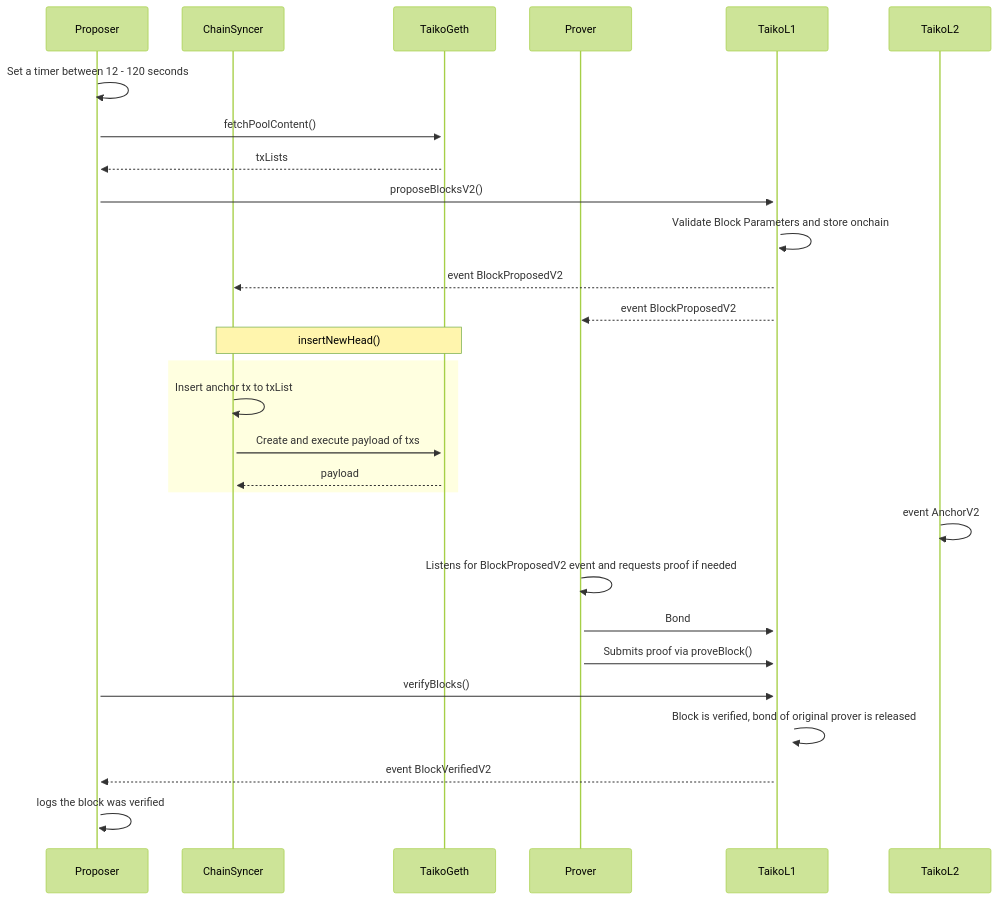
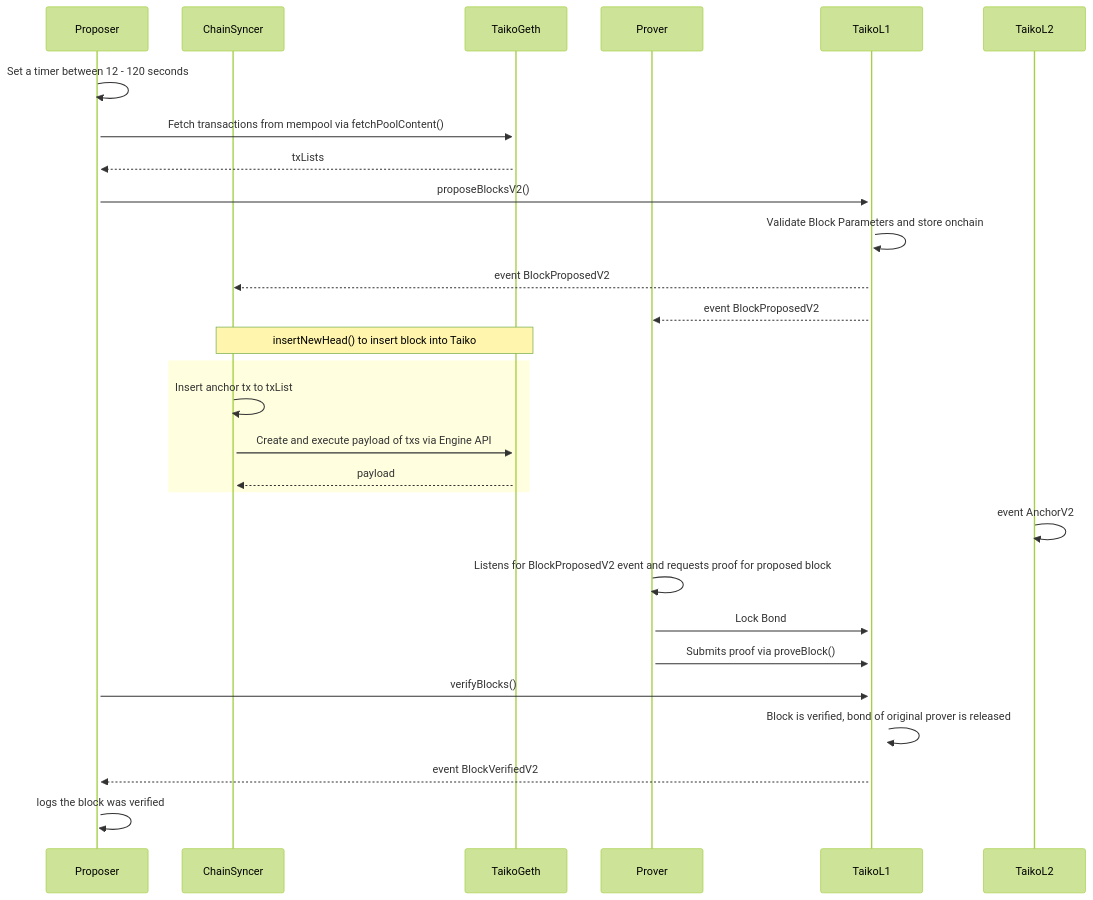
One commit to fahimahmedx/taiko-block-building changed the diagram in diagram.MD. Above: the diagram before and after it, drawn with Mermaid (forest theme).

Commit message:
make diagram easier to understand

````diff
--- a/diagram.MD
+++ b/diagram.MD
@@ -1,32 +1,32 @@
 ```mermaid
 sequenceDiagram
 participant Proposer
 participant ChainSyncer
 participant TaikoGeth
 participant Prover
 participant TaikoL1
 participant TaikoL2
 
 
 Proposer->>+Proposer: Set a timer between 12 - 120 seconds
-Proposer->>+TaikoGeth: fetchPoolContent()
+Proposer->>+TaikoGeth: Fetch transactions from mempool via fetchPoolContent()
 TaikoGeth-->>Proposer: txLists
 Proposer->>+TaikoL1: proposeBlocksV2()
 TaikoL1->>+TaikoL1: Validate Block Parameters and store onchain
 TaikoL1-->>ChainSyncer: event BlockProposedV2
 TaikoL1-->>Prover: event BlockProposedV2
-note over ChainSyncer,TaikoGeth: insertNewHead()
+note over ChainSyncer,TaikoGeth: insertNewHead() to insert block into Taiko
 rect LightYellow
 ChainSyncer->>+ChainSyncer: Insert anchor tx to txList
-ChainSyncer->>+TaikoGeth: Create and execute payload of txs
+ChainSyncer->>+TaikoGeth: Create and execute payload of txs via Engine API
 TaikoGeth-->>+ChainSyncer: payload
 end
 TaikoL2->>+TaikoL2: event AnchorV2
-Prover->>+Prover: Listens for BlockProposedV2 event and requests proof if needed
-Prover->>+TaikoL1: Bond
+Prover->>+Prover: Listens for BlockProposedV2 event and requests proof for proposed block
+Prover->>+TaikoL1: Lock Bond
 Prover->>+TaikoL1: Submits proof via proveBlock()
 Proposer->>+TaikoL1: verifyBlocks()
 TaikoL1->>+TaikoL1: Block is verified, bond of original prover is released
 TaikoL1-->>Proposer: event BlockVerifiedV2
 Proposer->>+Proposer: logs the block was verified
 ```
````
